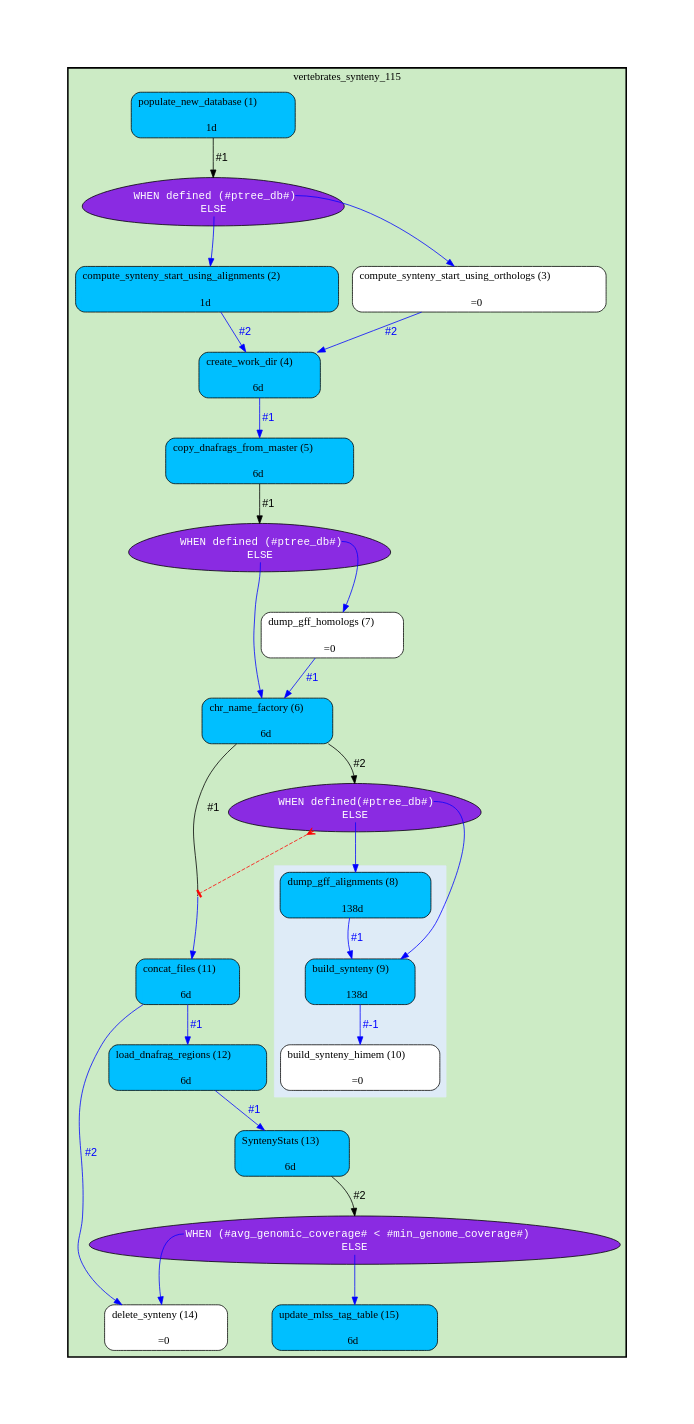
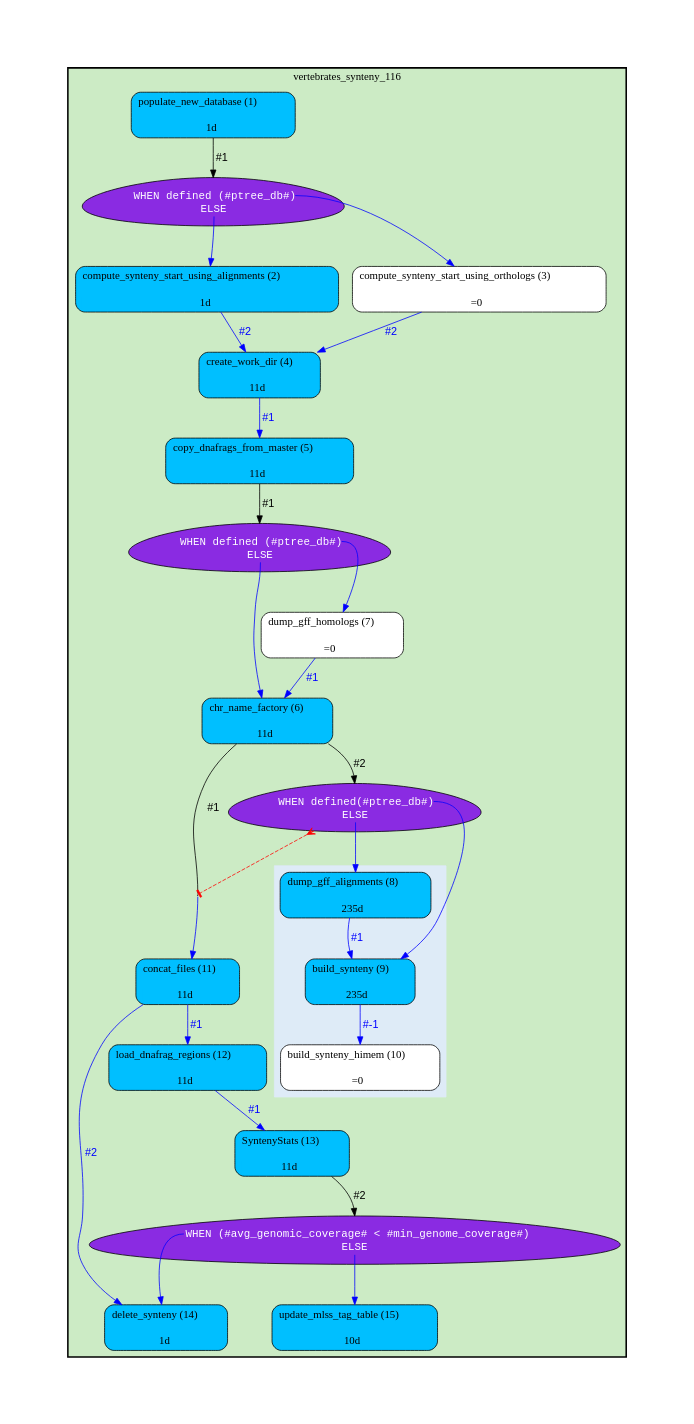
One commit to Ensembl/ensembl-compara changed the diagram in docs/production/diagrams/Synteny.gv. Above: the diagram before and after it, drawn with Graphviz. The commit also changed 5 other files, not shown here.

Commit message:
Update Vertebrates pipeline diagrams for e116

```diff
--- a/docs/production/diagrams/Synteny.gv
+++ b/docs/production/diagrams/Synteny.gv
@@ -1,82 +1,82 @@
 digraph test {
 	ratio="compress"; concentrate = "true"; name = "AnalysisWorkflow"; pad = "1.0";
-	analysis_SyntenyStats [fillcolor="DeepSkyBlue", fontname="Times-Roman", label=<<table border="0" cellborder="0" cellspacing="0" cellpadding="1"><tr><td colspan="1">SyntenyStats (13)</td></tr><tr><td colspan="1"> </td></tr><tr><td bgcolor="DeepSkyBlue" width="100%">6d</td></tr></table>>, shape="Mrecord", style="filled"];
-	analysis_build_synteny [fillcolor="DeepSkyBlue", fontname="Times-Roman", label=<<table border="0" cellborder="0" cellspacing="0" cellpadding="1"><tr><td colspan="1">build_synteny (9)</td></tr><tr><td colspan="1"> </td></tr><tr><td bgcolor="DeepSkyBlue" width="100%">138d</td></tr></table>>, shape="Mrecord", style="filled"];
+	analysis_SyntenyStats [fillcolor="DeepSkyBlue", fontname="Times-Roman", label=<<table border="0" cellborder="0" cellspacing="0" cellpadding="1"><tr><td colspan="1">SyntenyStats (13)</td></tr><tr><td colspan="1"> </td></tr><tr><td bgcolor="DeepSkyBlue" width="100%">11d</td></tr></table>>, shape="Mrecord", style="filled"];
+	analysis_build_synteny [fillcolor="DeepSkyBlue", fontname="Times-Roman", label=<<table border="0" cellborder="0" cellspacing="0" cellpadding="1"><tr><td colspan="1">build_synteny (9)</td></tr><tr><td colspan="1"> </td></tr><tr><td bgcolor="DeepSkyBlue" width="100%">235d</td></tr></table>>, shape="Mrecord", style="filled"];
 	analysis_build_synteny_himem [fillcolor="white", fontname="Times-Roman", label=<<table border="0" cellborder="0" cellspacing="0" cellpadding="1"><tr><td colspan="1">build_synteny_himem (10)</td></tr><tr><td colspan="1"> </td></tr><tr><td>=0</td></tr></table>>, shape="Mrecord", style="filled"];
-	analysis_chr_name_factory [fillcolor="DeepSkyBlue", fontname="Times-Roman", label=<<table border="0" cellborder="0" cellspacing="0" cellpadding="1"><tr><td colspan="1">chr_name_factory (6)</td></tr><tr><td colspan="1"> </td></tr><tr><td bgcolor="DeepSkyBlue" width="100%">6d</td></tr></table>>, shape="Mrecord", style="filled"];
+	analysis_chr_name_factory [fillcolor="DeepSkyBlue", fontname="Times-Roman", label=<<table border="0" cellborder="0" cellspacing="0" cellpadding="1"><tr><td colspan="1">chr_name_factory (6)</td></tr><tr><td colspan="1"> </td></tr><tr><td bgcolor="DeepSkyBlue" width="100%">11d</td></tr></table>>, shape="Mrecord", style="filled"];
 	analysis_compute_synteny_start_using_alignments [fillcolor="DeepSkyBlue", fontname="Times-Roman", label=<<table border="0" cellborder="0" cellspacing="0" cellpadding="1"><tr><td colspan="1">compute_synteny_start_using_alignments (2)</td></tr><tr><td colspan="1"> </td></tr><tr><td bgcolor="DeepSkyBlue" width="100%">1d</td></tr></table>>, shape="Mrecord", style="filled"];
 	analysis_compute_synteny_start_using_orthologs [fillcolor="white", fontname="Times-Roman", label=<<table border="0" cellborder="0" cellspacing="0" cellpadding="1"><tr><td colspan="1">compute_synteny_start_using_orthologs (3)</td></tr><tr><td colspan="1"> </td></tr><tr><td>=0</td></tr></table>>, shape="Mrecord", style="filled"];
-	analysis_concat_files [fillcolor="DeepSkyBlue", fontname="Times-Roman", label=<<table border="0" cellborder="0" cellspacing="0" cellpadding="1"><tr><td colspan="1">concat_files (11)</td></tr><tr><td colspan="1"> </td></tr><tr><td bgcolor="DeepSkyBlue" width="100%">6d</td></tr></table>>, shape="Mrecord", style="filled"];
-	analysis_copy_dnafrags_from_master [fillcolor="DeepSkyBlue", fontname="Times-Roman", label=<<table border="0" cellborder="0" cellspacing="0" cellpadding="1"><tr><td colspan="1">copy_dnafrags_from_master (5)</td></tr><tr><td colspan="1"> </td></tr><tr><td bgcolor="DeepSkyBlue" width="100%">6d</td></tr></table>>, shape="Mrecord", style="filled"];
-	analysis_create_work_dir [fillcolor="DeepSkyBlue", fontname="Times-Roman", label=<<table border="0" cellborder="0" cellspacing="0" cellpadding="1"><tr><td colspan="1">create_work_dir (4)</td></tr><tr><td colspan="1"> </td></tr><tr><td bgcolor="DeepSkyBlue" width="100%">6d</td></tr></table>>, shape="Mrecord", style="filled"];
-	analysis_delete_synteny [fillcolor="white", fontname="Times-Roman", label=<<table border="0" cellborder="0" cellspacing="0" cellpadding="1"><tr><td colspan="1">delete_synteny (14)</td></tr><tr><td colspan="1"> </td></tr><tr><td>=0</td></tr></table>>, shape="Mrecord", style="filled"];
-	analysis_dump_gff_alignments [fillcolor="DeepSkyBlue", fontname="Times-Roman", label=<<table border="0" cellborder="0" cellspacing="0" cellpadding="1"><tr><td colspan="1">dump_gff_alignments (8)</td></tr><tr><td colspan="1"> </td></tr><tr><td bgcolor="DeepSkyBlue" width="100%">138d</td></tr></table>>, shape="Mrecord", style="filled"];
+	analysis_concat_files [fillcolor="DeepSkyBlue", fontname="Times-Roman", label=<<table border="0" cellborder="0" cellspacing="0" cellpadding="1"><tr><td colspan="1">concat_files (11)</td></tr><tr><td colspan="1"> </td></tr><tr><td bgcolor="DeepSkyBlue" width="100%">11d</td></tr></table>>, shape="Mrecord", style="filled"];
+	analysis_copy_dnafrags_from_master [fillcolor="DeepSkyBlue", fontname="Times-Roman", label=<<table border="0" cellborder="0" cellspacing="0" cellpadding="1"><tr><td colspan="1">copy_dnafrags_from_master (5)</td></tr><tr><td colspan="1"> </td></tr><tr><td bgcolor="DeepSkyBlue" width="100%">11d</td></tr></table>>, shape="Mrecord", style="filled"];
+	analysis_create_work_dir [fillcolor="DeepSkyBlue", fontname="Times-Roman", label=<<table border="0" cellborder="0" cellspacing="0" cellpadding="1"><tr><td colspan="1">create_work_dir (4)</td></tr><tr><td colspan="1"> </td></tr><tr><td bgcolor="DeepSkyBlue" width="100%">11d</td></tr></table>>, shape="Mrecord", style="filled"];
+	analysis_delete_synteny [fillcolor="DeepSkyBlue", fontname="Times-Roman", label=<<table border="0" cellborder="0" cellspacing="0" cellpadding="1"><tr><td colspan="1">delete_synteny (14)</td></tr><tr><td colspan="1"> </td></tr><tr><td bgcolor="DeepSkyBlue" width="100%">1d</td></tr></table>>, shape="Mrecord", style="filled"];
+	analysis_dump_gff_alignments [fillcolor="DeepSkyBlue", fontname="Times-Roman", label=<<table border="0" cellborder="0" cellspacing="0" cellpadding="1"><tr><td colspan="1">dump_gff_alignments (8)</td></tr><tr><td colspan="1"> </td></tr><tr><td bgcolor="DeepSkyBlue" width="100%">235d</td></tr></table>>, shape="Mrecord", style="filled"];
 	analysis_dump_gff_homologs [fillcolor="white", fontname="Times-Roman", label=<<table border="0" cellborder="0" cellspacing="0" cellpadding="1"><tr><td colspan="1">dump_gff_homologs (7)</td></tr><tr><td colspan="1"> </td></tr><tr><td>=0</td></tr></table>>, shape="Mrecord", style="filled"];
-	analysis_load_dnafrag_regions [fillcolor="DeepSkyBlue", fontname="Times-Roman", label=<<table border="0" cellborder="0" cellspacing="0" cellpadding="1"><tr><td colspan="1">load_dnafrag_regions (12)</td></tr><tr><td colspan="1"> </td></tr><tr><td bgcolor="DeepSkyBlue" width="100%">6d</td></tr></table>>, shape="Mrecord", style="filled"];
+	analysis_load_dnafrag_regions [fillcolor="DeepSkyBlue", fontname="Times-Roman", label=<<table border="0" cellborder="0" cellspacing="0" cellpadding="1"><tr><td colspan="1">load_dnafrag_regions (12)</td></tr><tr><td colspan="1"> </td></tr><tr><td bgcolor="DeepSkyBlue" width="100%">11d</td></tr></table>>, shape="Mrecord", style="filled"];
 	analysis_populate_new_database [fillcolor="DeepSkyBlue", fontname="Times-Roman", label=<<table border="0" cellborder="0" cellspacing="0" cellpadding="1"><tr><td colspan="1">populate_new_database (1)</td></tr><tr><td colspan="1"> </td></tr><tr><td bgcolor="DeepSkyBlue" width="100%">1d</td></tr></table>>, shape="Mrecord", style="filled"];
-	analysis_update_mlss_tag_table [fillcolor="DeepSkyBlue", fontname="Times-Roman", label=<<table border="0" cellborder="0" cellspacing="0" cellpadding="1"><tr><td colspan="1">update_mlss_tag_table (15)</td></tr><tr><td colspan="1"> </td></tr><tr><td bgcolor="DeepSkyBlue" width="100%">6d</td></tr></table>>, shape="Mrecord", style="filled"];
+	analysis_update_mlss_tag_table [fillcolor="DeepSkyBlue", fontname="Times-Roman", label=<<table border="0" cellborder="0" cellspacing="0" cellpadding="1"><tr><td colspan="1">update_mlss_tag_table (15)</td></tr><tr><td colspan="1"> </td></tr><tr><td bgcolor="DeepSkyBlue" width="100%">10d</td></tr></table>>, shape="Mrecord", style="filled"];
 	dfr_14_mp [fillcolor="blueviolet", fontcolor="white", fontname="Courier", label=<<table border="0" cellborder="0" cellspacing="0" cellpadding="1">i<tr><td></td></tr><tr><td port="cond_0">WHEN (#avg_genomic_coverage# &lt; #min_genome_coverage#)</td></tr><tr><td port="cond_1">ELSE</td></tr></table>>, shape="egg", style="filled"];
 	dfr_1_mp [fillcolor="blueviolet", fontcolor="white", fontname="Courier", label=<<table border="0" cellborder="0" cellspacing="0" cellpadding="1">i<tr><td></td></tr><tr><td port="cond_0">WHEN defined (#ptree_db#)</td></tr><tr><td port="cond_1">ELSE</td></tr></table>>, shape="egg", style="filled"];
 	dfr_5_mp [fillcolor="blueviolet", fontcolor="white", fontname="Courier", label=<<table border="0" cellborder="0" cellspacing="0" cellpadding="1">i<tr><td></td></tr><tr><td port="cond_0">WHEN defined (#ptree_db#)</td></tr><tr><td port="cond_1">ELSE</td></tr></table>>, shape="egg", style="filled"];
 	dfr_6_mp [fixedsize="1", height="0.01", label="dfr_6_mp", shape="point", width="0.01"];
 	dfr_7_mp [fillcolor="blueviolet", fontcolor="white", fontname="Courier", label=<<table border="0" cellborder="0" cellspacing="0" cellpadding="1">i<tr><td></td></tr><tr><td port="cond_0">WHEN defined(#ptree_db#)</td></tr><tr><td port="cond_1">ELSE</td></tr></table>>, shape="egg", style="filled"];
 	analysis_SyntenyStats -> dfr_14_mp [arrowhead="normal", color="black", fontcolor="black", fontname="Helvetica", headport="n", label="#2"];
 	analysis_build_synteny -> analysis_build_synteny_himem [color="blue", fontcolor="blue", fontname="Helvetica", label="#-1\n"];
 	analysis_chr_name_factory -> dfr_6_mp [arrowhead="none", color="black", fontcolor="black", fontname="Helvetica", headport="n", label="#1"];
 	analysis_chr_name_factory -> dfr_7_mp [arrowhead="normal", color="black", fontcolor="black", fontname="Helvetica", headport="n", label="#2"];
 	analysis_compute_synteny_start_using_alignments -> analysis_create_work_dir [color="blue", fontcolor="blue", fontname="Helvetica", label="#2\n"];
 	analysis_compute_synteny_start_using_orthologs -> analysis_create_work_dir [color="blue", fontcolor="blue", fontname="Helvetica", label="#2\n"];
 	analysis_concat_files -> analysis_delete_synteny [color="blue", fontcolor="blue", fontname="Helvetica", label="#2\n"];
 	analysis_concat_files -> analysis_load_dnafrag_regions [color="blue", fontcolor="blue", fontname="Helvetica", label="#1\n"];
 	analysis_copy_dnafrags_from_master -> dfr_5_mp [arrowhead="normal", color="black", fontcolor="black", fontname="Helvetica", headport="n", label="#1"];
 	analysis_create_work_dir -> analysis_copy_dnafrags_from_master [color="blue", fontcolor="blue", fontname="Helvetica", label="#1\n"];
 	analysis_dump_gff_alignments -> analysis_build_synteny [color="blue", fontcolor="blue", fontname="Helvetica", label="#1\n"];
 	analysis_dump_gff_homologs -> analysis_chr_name_factory [color="blue", fontcolor="blue", fontname="Helvetica", label="#1\n"];
 	analysis_load_dnafrag_regions -> analysis_SyntenyStats [color="blue", fontcolor="blue", fontname="Helvetica", label="#1\n"];
 	analysis_populate_new_database -> dfr_1_mp [arrowhead="normal", color="black", fontcolor="black", fontname="Helvetica", headport="n", label="#1"];
 	dfr_14_mp -> analysis_delete_synteny [color="blue", fontcolor="blue", fontname="Helvetica", label="\n", tailport="cond_0"];
 	dfr_14_mp -> analysis_update_mlss_tag_table [color="blue", fontcolor="blue", fontname="Helvetica", label="\n", tailport="cond_1"];
 	dfr_1_mp -> analysis_compute_synteny_start_using_alignments [color="blue", fontcolor="blue", fontname="Helvetica", label="\n", tailport="cond_1"];
 	dfr_1_mp -> analysis_compute_synteny_start_using_orthologs [color="blue", fontcolor="blue", fontname="Helvetica", label="\n", tailport="cond_0"];
 	dfr_5_mp -> analysis_chr_name_factory [color="blue", fontcolor="blue", fontname="Helvetica", label="\n", tailport="cond_1"];
 	dfr_5_mp -> analysis_dump_gff_homologs [color="blue", fontcolor="blue", fontname="Helvetica", label="\n", tailport="cond_0"];
 	dfr_6_mp -> analysis_concat_files [color="blue", fontcolor="blue", fontname="Helvetica", label="\n", tailport="s"];
 	dfr_7_mp -> analysis_build_synteny [color="blue", fontcolor="blue", fontname="Helvetica", label="\n", tailport="cond_0"];
 	dfr_7_mp -> analysis_dump_gff_alignments [color="blue", fontcolor="blue", fontname="Helvetica", label="\n", tailport="cond_1"];
 	dfr_7_mp -> dfr_6_mp [arrowhead="tee", arrowtail="crow", color="red", dir="both", style="dashed"];
 
-subgraph "cluster_vertebrates_synteny_115" {
-	label="vertebrates_synteny_115";
+subgraph "cluster_vertebrates_synteny_116" {
+	label="vertebrates_synteny_116";
 	style="bold,filled";
 	colorscheme="pastel19";
 	fillcolor="3";
 	color="";
 	analysis_SyntenyStats;
 	analysis_chr_name_factory;
 	analysis_compute_synteny_start_using_alignments;
 	analysis_compute_synteny_start_using_orthologs;
 	analysis_concat_files;
 	analysis_copy_dnafrags_from_master;
 	analysis_create_work_dir;
 	analysis_delete_synteny;
 	analysis_dump_gff_homologs;
 	analysis_load_dnafrag_regions;
 	analysis_populate_new_database;
 	analysis_update_mlss_tag_table;
 	subgraph "cluster_cl_dfr_6_mp" {
 		label="";
 		style="filled";
 		colorscheme="blues9";
 		fillcolor="2";
 		color="2";
 		analysis_build_synteny;
 		analysis_build_synteny_himem;
 		analysis_dump_gff_alignments;
 	}
 	dfr_14_mp;
 	dfr_1_mp;
 	dfr_5_mp;
 	dfr_6_mp;
 	dfr_7_mp;
 }
 }
```
